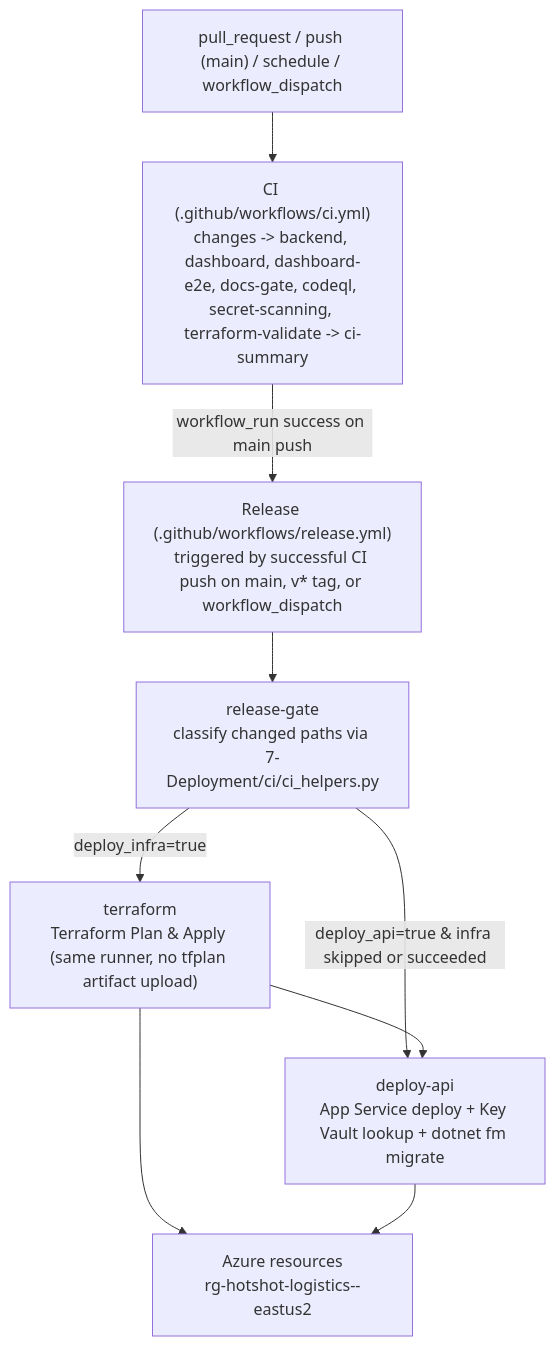
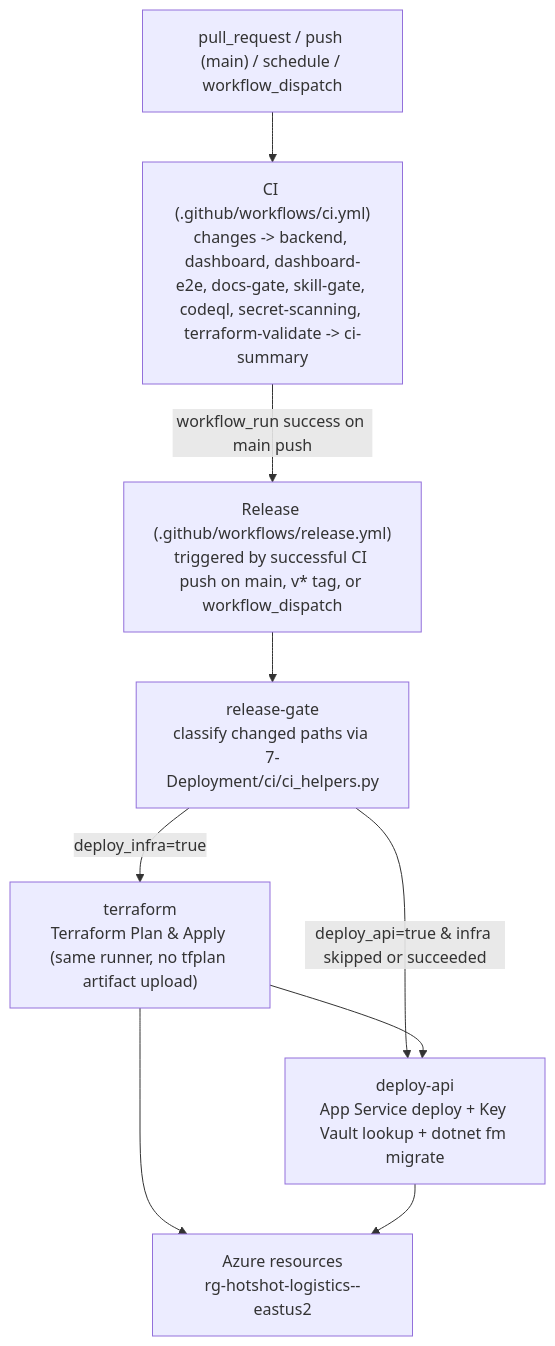
The diagram in 6-Docs/devops/deployment-architecture.md (dpalfery/hotshot-logistics-demo), drawn with Mermaid before and after one commit. The commit also changed other lines of this file and 5 other files, not shown here.

````diff
--- a/6-Docs/devops/deployment-architecture.md
+++ b/6-Docs/devops/deployment-architecture.md
@@ -160,19 +160,19 @@
 ```mermaid
 flowchart TD
   pr["pull_request / push (main) / schedule / workflow_dispatch"]
-  ci["CI (.github/workflows/ci.yml)<br/>changes -> backend, dashboard, dashboard-e2e, docs-gate, codeql, secret-scanning, terraform-validate -> ci-summary"]
+  ci["CI (.github/workflows/ci.yml)<br/>changes -> backend, dashboard, dashboard-e2e, docs-gate, skill-gate, codeql, secret-scanning, terraform-validate -> ci-summary"]
   rel["Release (.github/workflows/release.yml)<br/>triggered by successful CI push on main, v* tag, or workflow_dispatch"]
   gate["release-gate<br/>classify changed paths via 7-Deployment/ci/ci_helpers.py"]
   tf["terraform<br/>Terraform Plan & Apply (same runner, no tfplan artifact upload)"]
   api["deploy-api<br/>App Service deploy + Key Vault lookup + dotnet fm migrate"]
   azure["Azure resources<br/>rg-hotshot-logistics-<env>-eastus2"]
 
   pr --> ci
   ci -->|workflow_run success on main push| rel
   rel --> gate
   gate -->|deploy_infra=true| tf
   gate -->|deploy_api=true & infra skipped or succeeded| api
   tf --> api
   tf --> azure
   api --> azure
 ```
````
